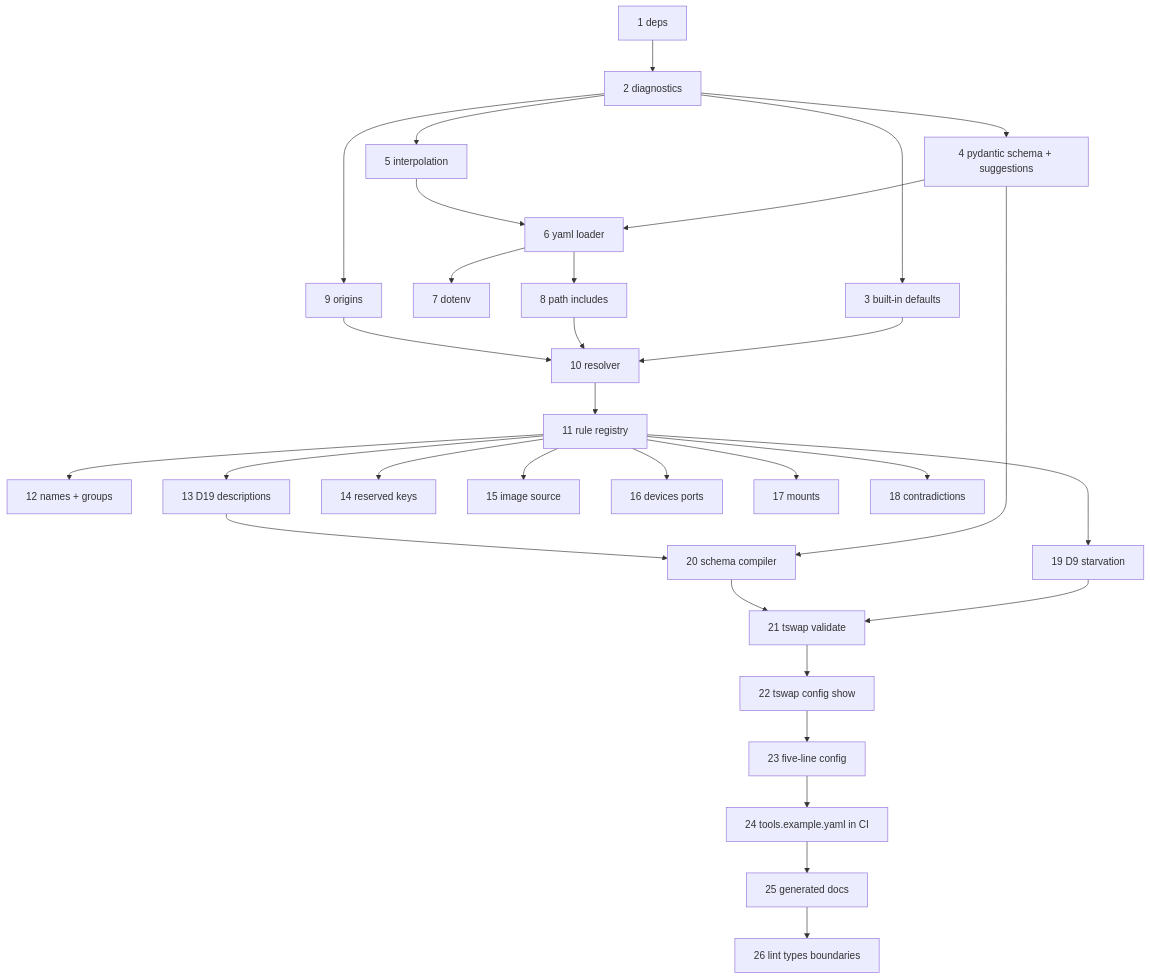
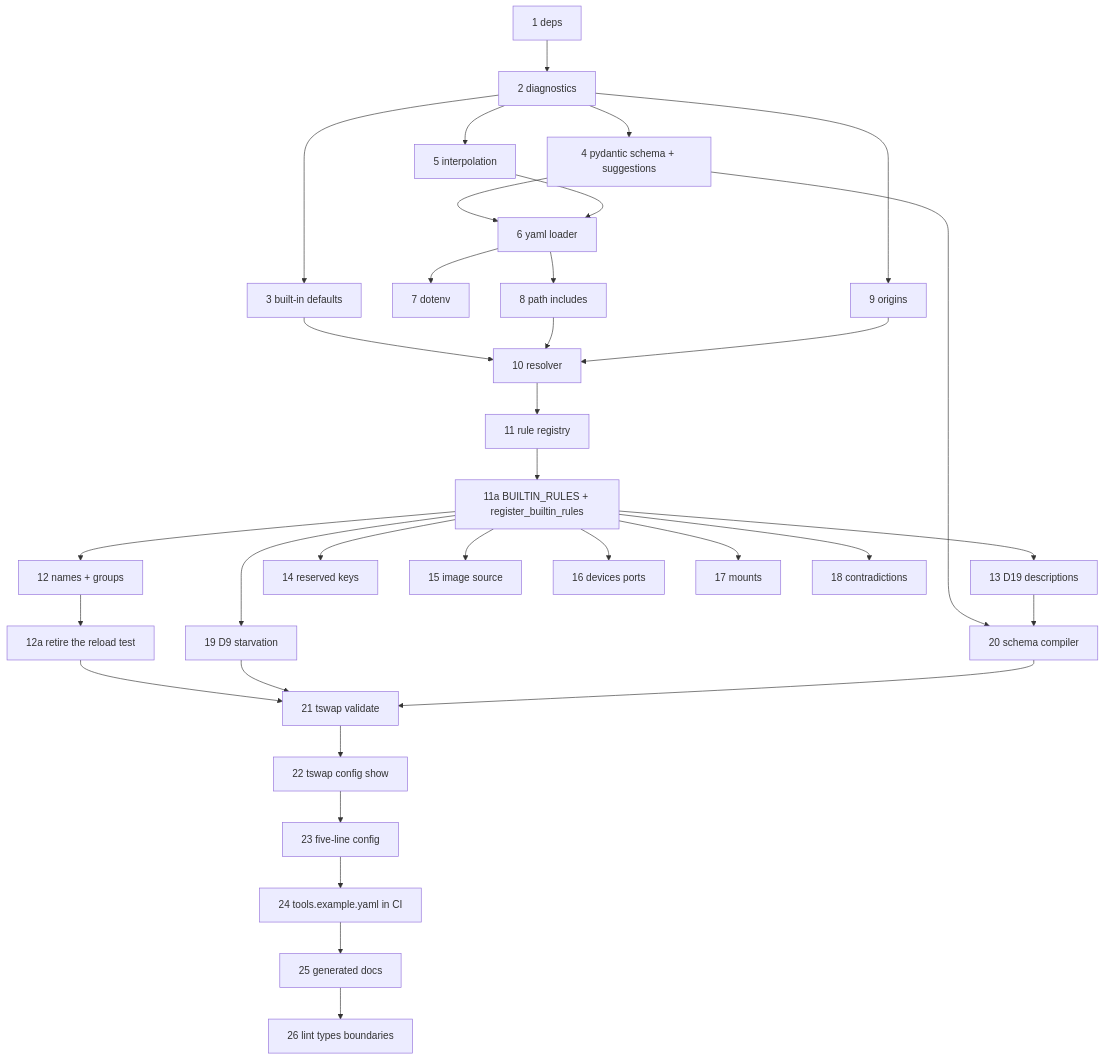
One commit to iar3-r8/tool-swap changed the diagram in plans/m1-configuration.md. Above: the diagram before and after it, drawn with Mermaid. The commit also changed other lines of this file, not shown here.

````diff
--- a/plans/m1-configuration.md
+++ b/plans/m1-configuration.md
@@ -555,33 +623,36 @@
 ```mermaid
 graph TD
     B1[1 deps] --> B2[2 diagnostics]
     B2 --> B3[3 built-in defaults]
     B2 --> B4[4 pydantic schema + suggestions]
     B2 --> B5[5 interpolation]
     B4 --> B6[6 yaml loader]
     B5 --> B6
     B6 --> B7[7 dotenv]
     B6 --> B8[8 path includes]
     B2 --> B9[9 origins]
     B3 --> B10[10 resolver]
     B8 --> B10
     B9 --> B10
     B10 --> B11[11 rule registry]
-    B11 --> B12[12 names + groups]
-    B11 --> B13[13 D19 descriptions]
-    B11 --> B14[14 reserved keys]
-    B11 --> B15[15 image source]
-    B11 --> B16[16 devices ports]
-    B11 --> B17[17 mounts]
-    B11 --> B18[18 contradictions]
-    B11 --> B19[19 D9 starvation]
+    B11 --> B11a[11a BUILTIN_RULES + register_builtin_rules]
+    B11a --> B12[12 names + groups]
+    B12 --> B12a[12a retire the reload test]
+    B11a --> B13[13 D19 descriptions]
+    B11a --> B14[14 reserved keys]
+    B11a --> B15[15 image source]
+    B11a --> B16[16 devices ports]
+    B11a --> B17[17 mounts]
+    B11a --> B18[18 contradictions]
+    B11a --> B19[19 D9 starvation]
     B4 --> B20[20 schema compiler]
     B13 --> B20
-    B19 --> B21[21 tswap validate]
+    B12a --> B21[21 tswap validate]
+    B19 --> B21
     B20 --> B21
     B21 --> B22[22 tswap config show]
     B22 --> B23[23 five-line config]
     B23 --> B24[24 tools.example.yaml in CI]
     B24 --> B25[25 generated docs]
     B25 --> B26[26 lint types boundaries]
 ```
````
